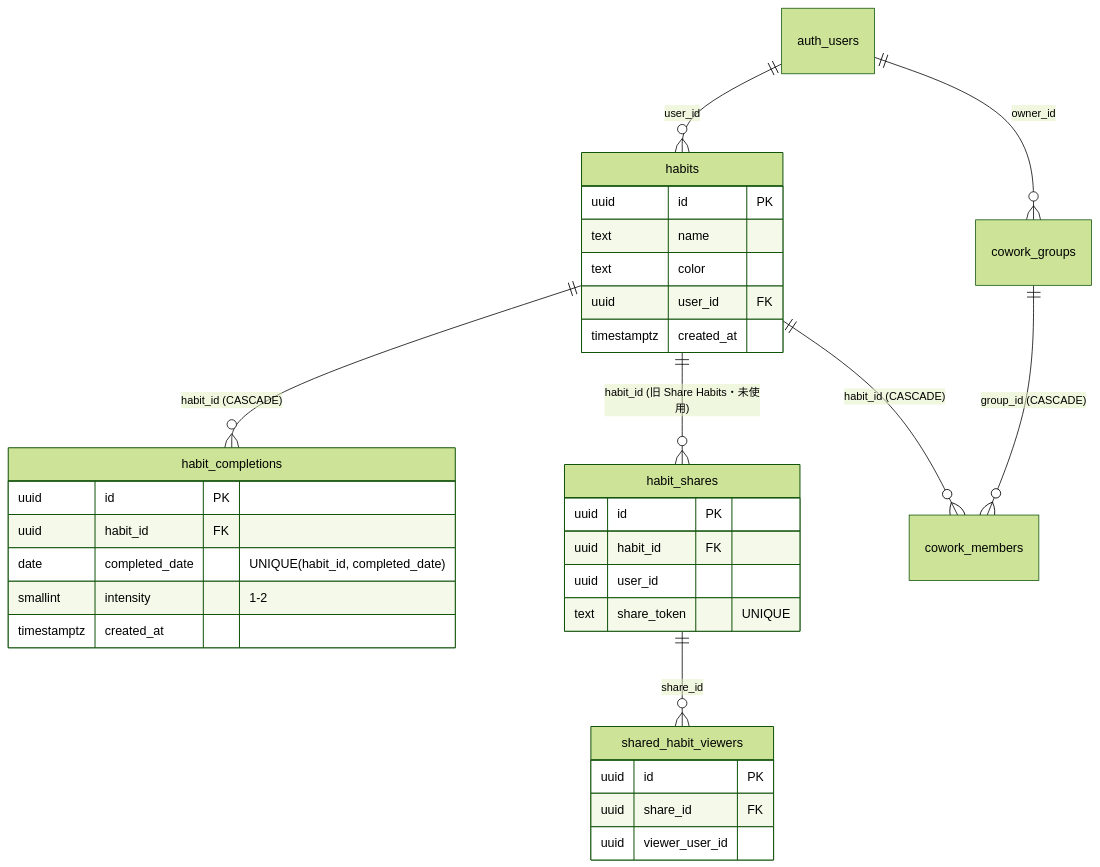
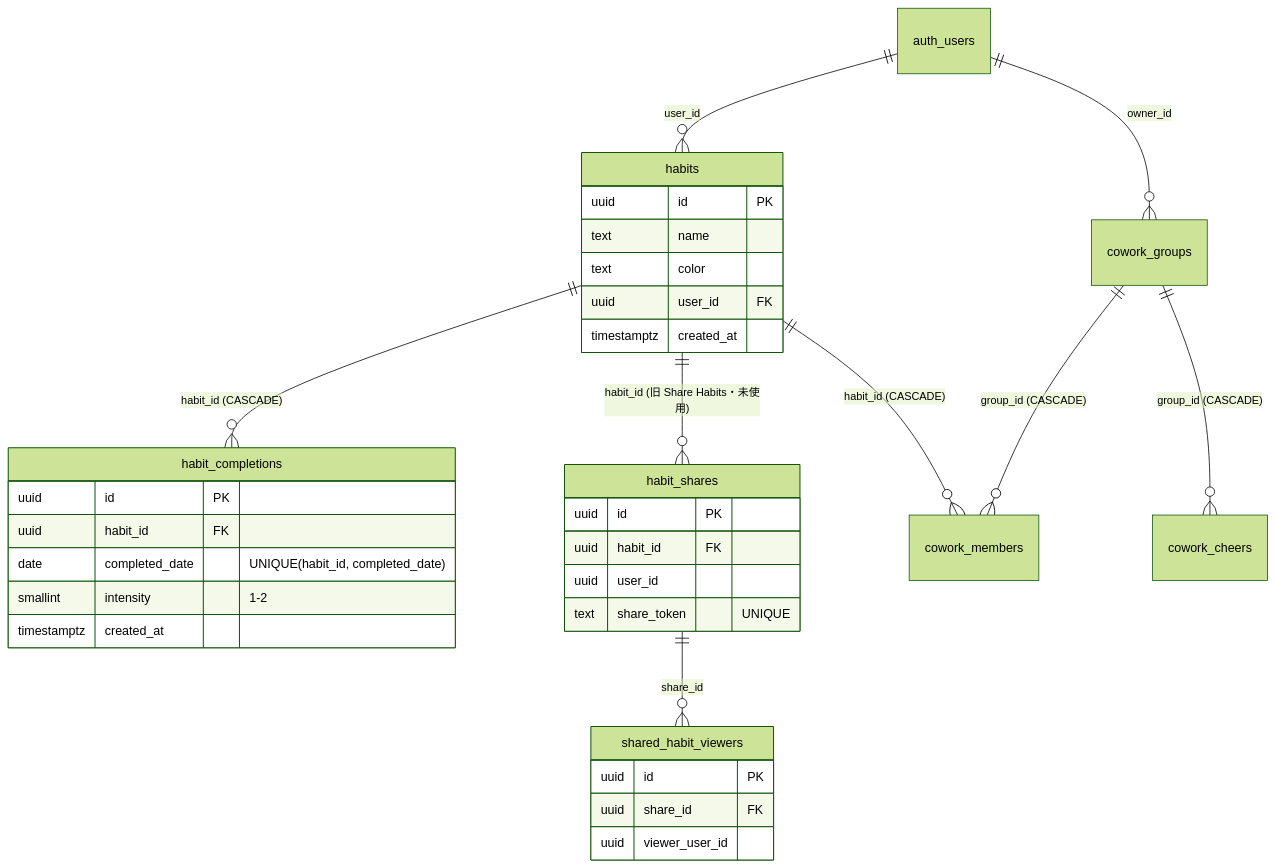
Before and after one commit to okuura/habitww_ng: the diagram in docs/design.md, drawn with Mermaid (forest theme). The commit also changed other lines of this file and 6 other files, not shown here.

````diff
--- a/docs/design.md
+++ b/docs/design.md
@@ -114,36 +118,37 @@
 ```mermaid
 erDiagram
     auth_users ||--o{ habits : "user_id"
     habits ||--o{ habit_completions : "habit_id (CASCADE)"
     habits ||--o{ habit_shares : "habit_id (旧 Share Habits・未使用)"
     habit_shares ||--o{ shared_habit_viewers : "share_id"
     auth_users ||--o{ cowork_groups : "owner_id"
     cowork_groups ||--o{ cowork_members : "group_id (CASCADE)"
     habits ||--o{ cowork_members : "habit_id (CASCADE)"
+    cowork_groups ||--o{ cowork_cheers : "group_id (CASCADE)"
 
     habits {
         uuid id PK
         text name
         text color
         uuid user_id FK
         timestamptz created_at
     }
     habit_completions {
         uuid id PK
         uuid habit_id FK
         date completed_date "UNIQUE(habit_id, completed_date)"
         smallint intensity "1-2"
         timestamptz created_at
     }
     habit_shares {
         uuid id PK
         uuid habit_id FK
         uuid user_id
         text share_token "UNIQUE"
     }
     shared_habit_viewers {
         uuid id PK
         uuid share_id FK
         uuid viewer_user_id
     }
 ```
````
